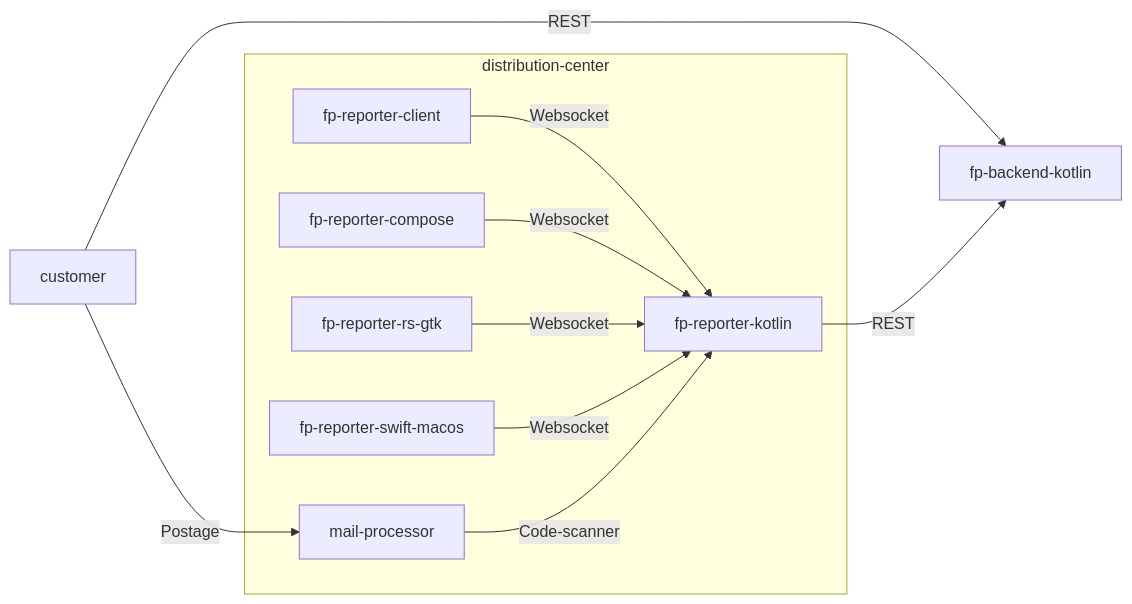
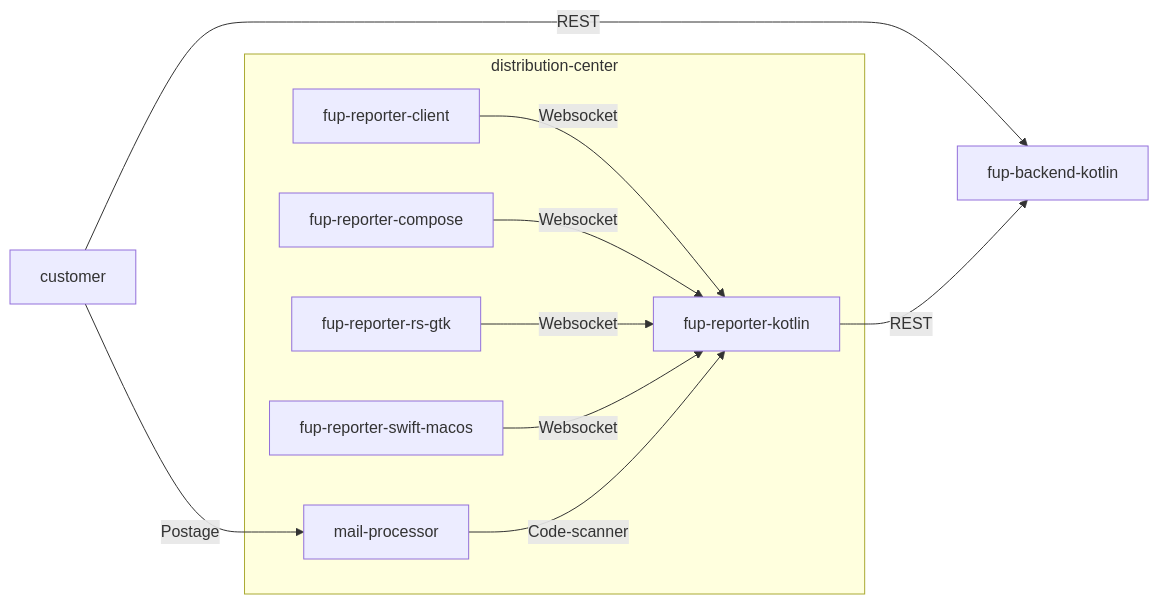
The first of 3 diagrams in README.md (mvandermade/funicular-postcard), drawn with Mermaid before and after one commit. The commit also changed other lines of this file, not shown here.

Commit message:
fp -> fup

````diff
--- a/README.md
+++ b/README.md
@@ -32,13 +32,13 @@
 ```mermaid
 graph LR
-  customer -->|REST| fp-backend-kotlin
-  fp-reporter-kotlin -->|REST| fp-backend-kotlin
+  customer -->|REST| fup-backend-kotlin
+  fup-reporter-kotlin -->|REST| fup-backend-kotlin
   subgraph distribution-center
-  fp-reporter-client -->|Websocket| fp-reporter-kotlin
-  fp-reporter-compose -->|Websocket| fp-reporter-kotlin
-  fp-reporter-rs-gtk -->|Websocket| fp-reporter-kotlin
-  fp-reporter-swift-macos --> |Websocket| fp-reporter-kotlin
-  mail-processor --> |Code-scanner| fp-reporter-kotlin
+  fup-reporter-client -->|Websocket| fup-reporter-kotlin
+  fup-reporter-compose -->|Websocket| fup-reporter-kotlin
+  fup-reporter-rs-gtk -->|Websocket| fup-reporter-kotlin
+  fup-reporter-swift-macos --> |Websocket| fup-reporter-kotlin
+  mail-processor --> |Code-scanner| fup-reporter-kotlin
   end
   customer --> |Postage| mail-processor
 ```
````
